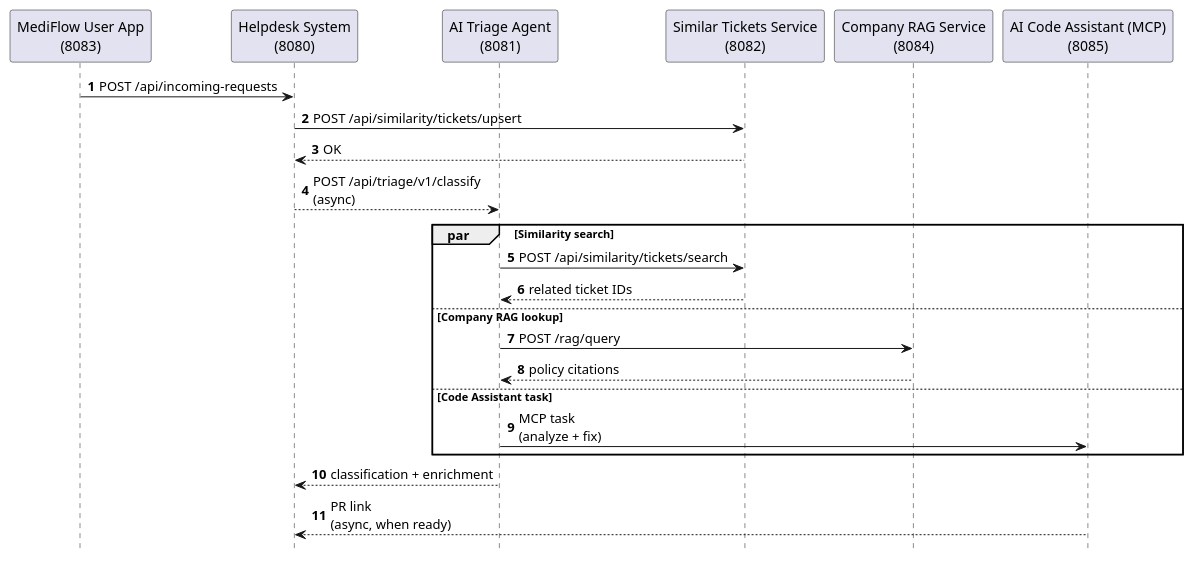
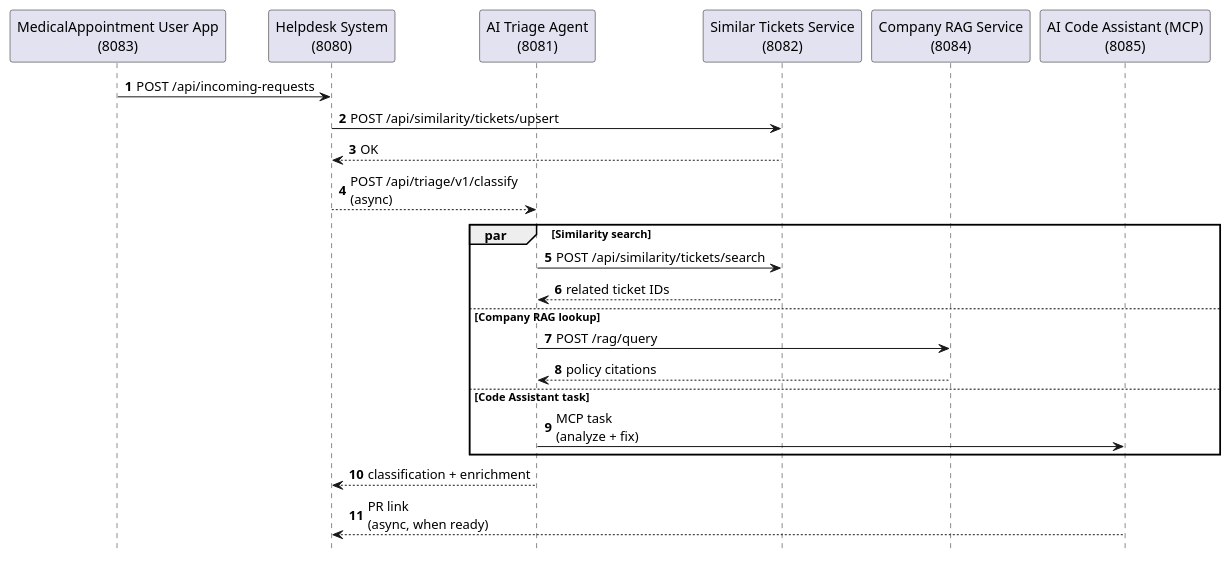
Before and after one commit to LizeRaes/j1-ai-demo: the second of 2 diagrams in docs/SYSTEM_DIAGRAM.md, drawn with PlantUML. The commit also changed other lines of this file and 350 other files, not shown here.

Commit message:
rename to MedicalAppointment

````diff
--- a/docs/SYSTEM_DIAGRAM.md
+++ b/docs/SYSTEM_DIAGRAM.md
@@ -29,34 +29,34 @@
 ```puml
 @startuml
 hide footbox
 autonumber
 
-participant "MediFlow User App\n(8083)" as MediFlow
+participant "MedicalAppointment User App\n(8083)" as MedicalAppointment
 participant "Helpdesk System\n(8080)" as Helpdesk
 participant "AI Triage Agent\n(8081)" as AITriage
 participant "Similar Tickets Service\n(8082)" as Similarity
 participant "Company RAG Service\n(8084)" as RAG
 participant "AI Code Assistant (MCP)\n(8085)" as CodeAI
 
-MediFlow -> Helpdesk : POST /api/incoming-requests
+MedicalAppointment -> Helpdesk : POST /api/incoming-requests
 
 Helpdesk -> Similarity : POST /api/similarity/tickets/upsert
 Similarity --> Helpdesk : OK
 
 Helpdesk --> AITriage : POST /api/triage/v1/classify\n(async)
 
 par Similarity search
   AITriage -> Similarity : POST /api/similarity/tickets/search
   Similarity --> AITriage : related ticket IDs
 else Company RAG lookup
   AITriage -> RAG : POST /rag/query
   RAG --> AITriage : policy citations
 else Code Assistant task
   AITriage -> CodeAI : MCP task\n(analyze + fix)
 end
 
 AITriage --> Helpdesk : classification + enrichment
 
 CodeAI --> Helpdesk : PR link\n(async, when ready)
 @enduml
 ```
````
